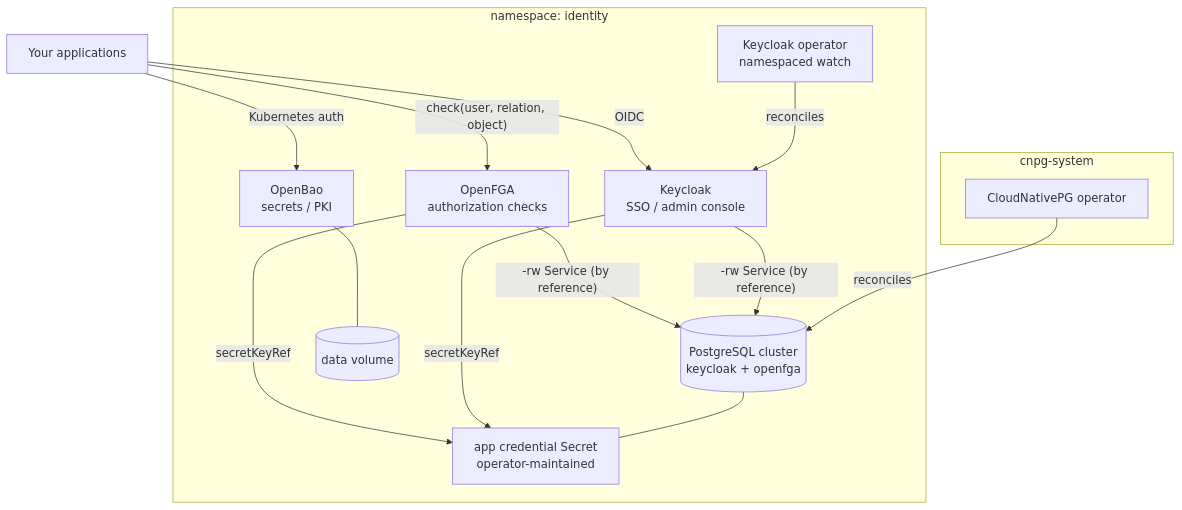
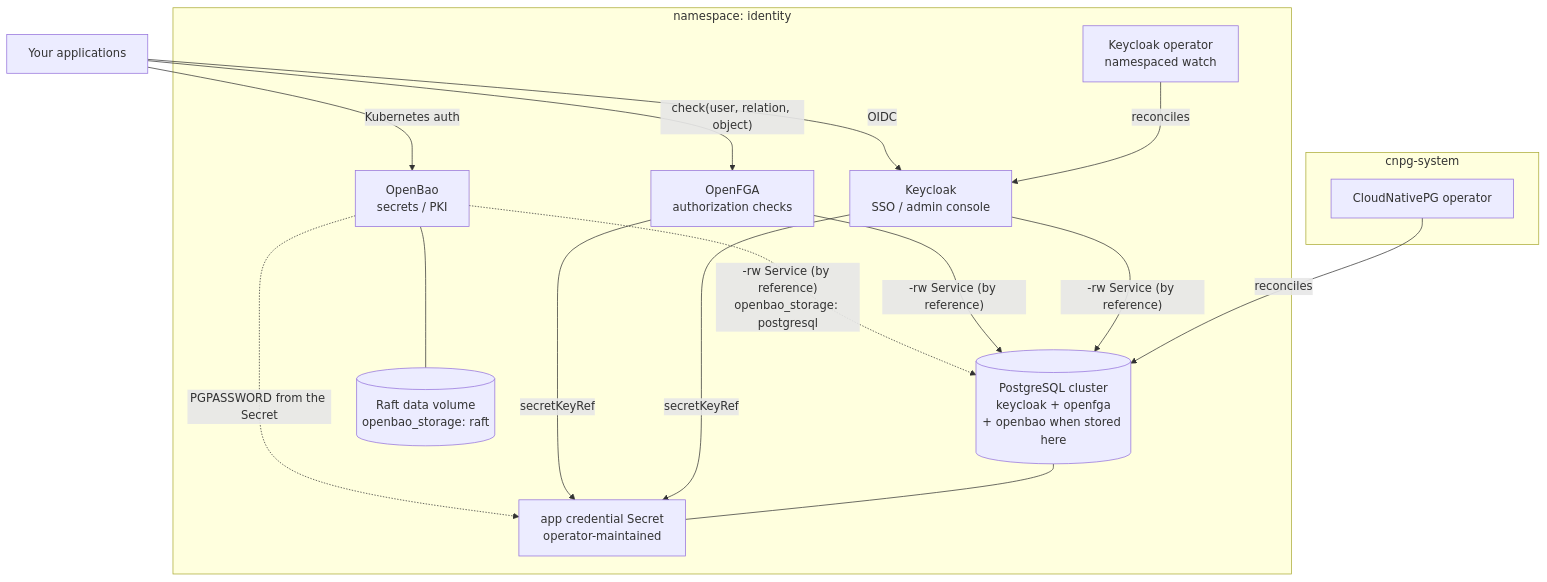
The diagram in charts/kubernetes/identity-and-access-platform/README.md (plantonhq/planton), drawn with Mermaid before and after one commit. The commit also changed other lines of this file and 24 other files, not shown here.

````diff
--- a/charts/kubernetes/identity-and-access-platform/README.md
+++ b/charts/kubernetes/identity-and-access-platform/README.md
@@ -34,26 +36,28 @@
 ```mermaid
 graph TB
   subgraph cnpg [cnpg-system]
     OP[CloudNativePG operator]
   end
   subgraph ns [namespace: identity]
     KOP[Keycloak operator<br/>namespaced watch]
-    DB[(PostgreSQL cluster<br/>keycloak + openfga)]
+    DB[(PostgreSQL cluster<br/>keycloak + openfga<br/>+ openbao when stored here)]
     SECRET[app credential Secret<br/>operator-maintained]
     KC[Keycloak<br/>SSO / admin console]
     FGA[OpenFGA<br/>authorization checks]
     BAO[OpenBao<br/>secrets / PKI]
-    RAFT[(data volume)]
+    RAFT[(Raft data volume<br/>openbao_storage: raft)]
   end
   OP -->|reconciles| DB
   KOP -->|reconciles| KC
   DB --- SECRET
   KC -->|"-rw Service (by reference)"| DB
   KC -->|secretKeyRef| SECRET
   FGA -->|"-rw Service (by reference)"| DB
   FGA -->|secretKeyRef| SECRET
   BAO --- RAFT
+  BAO -.->|"-rw Service (by reference)<br/>openbao_storage: postgresql"| DB
+  BAO -.->|PGPASSWORD from the Secret| SECRET
   APPS[Your applications] -->|OIDC| KC
   APPS -->|"check(user, relation, object)"| FGA
   APPS -->|Kubernetes auth| BAO
 ```
````
